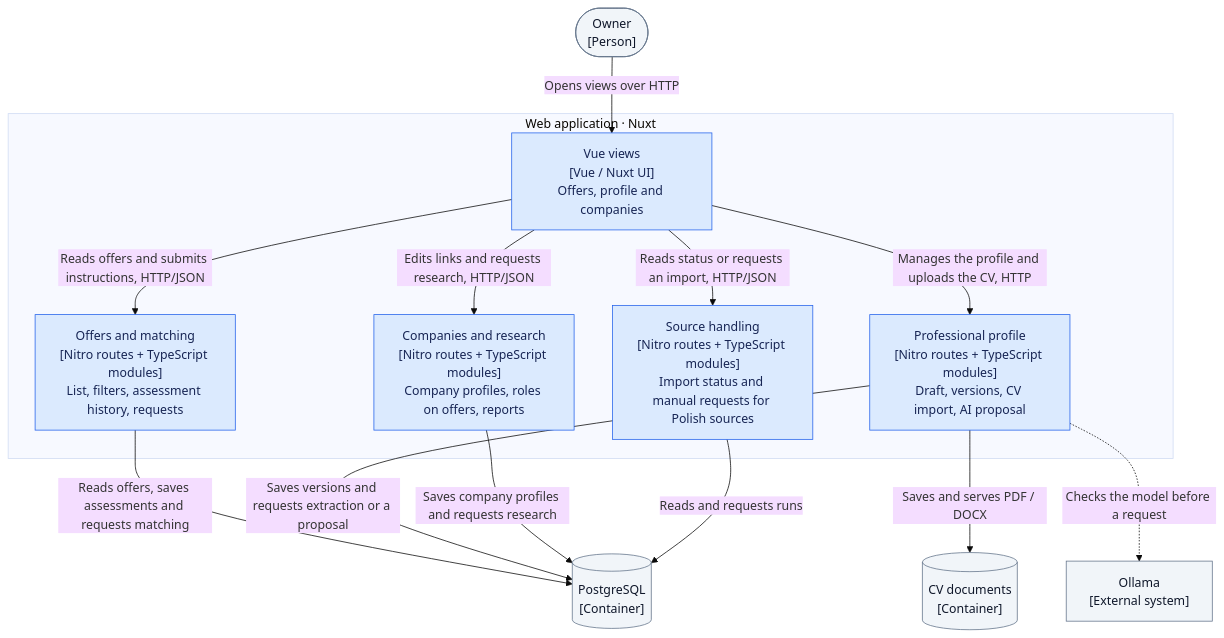
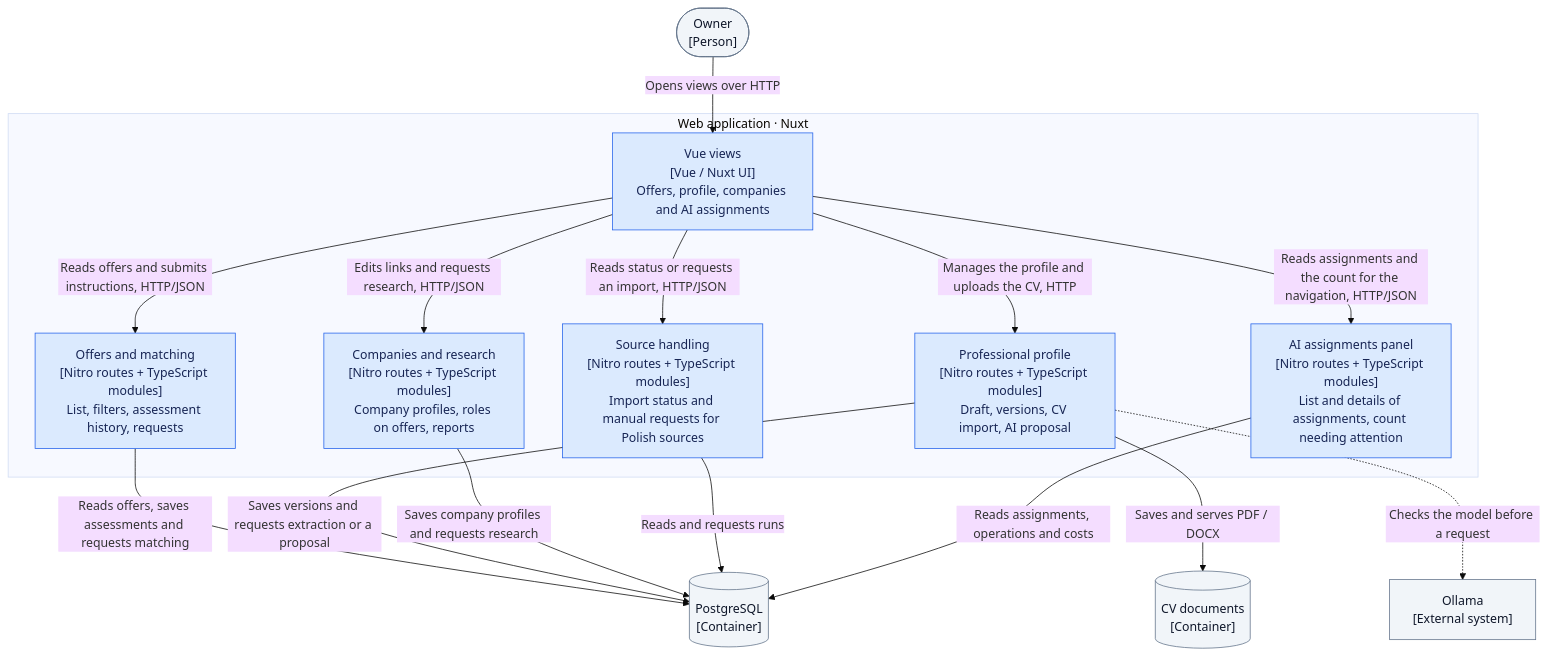
The third of 5 diagrams in docs/architecture/README.md (pioziol123/ofertorix-rekrutus), drawn with Mermaid (base theme) before and after one commit. The commit also changed other lines of this file and 1 other file, not shown here.

Commit message:
oferty-pracy-sq2.12: Describe the panel's reads in the AI module README and the panel in the architecture view

````diff
--- a/docs/architecture/README.md
+++ b/docs/architecture/README.md
@@ -82,32 +82,35 @@
 ```mermaid
 flowchart TB
   Owner(["Owner<br/>[Person]"])
   DB[("PostgreSQL<br/>[Container]")]
   Files[("CV documents<br/>[Container]")]
   Ollama["Ollama<br/>[External system]"]
 
   subgraph Web["Web application · Nuxt"]
-    UI["Vue views<br/>[Vue / Nuxt UI]<br/>Offers, profile and companies"]
+    UI["Vue views<br/>[Vue / Nuxt UI]<br/>Offers, profile, companies and AI assignments"]
     Offers["Offers and matching<br/>[Nitro routes + TypeScript modules]<br/>List, filters, assessment history, requests"]
     Profile["Professional profile<br/>[Nitro routes + TypeScript modules]<br/>Draft, versions, CV import, AI proposal"]
     Companies["Companies and research<br/>[Nitro routes + TypeScript modules]<br/>Company profiles, roles on offers, reports"]
     Sources["Source handling<br/>[Nitro routes + TypeScript modules]<br/>Import status and manual requests for Polish sources"]
+    Panel["AI assignments panel<br/>[Nitro routes + TypeScript modules]<br/>List and details of assignments, count needing attention"]
   end
 
   Owner -->|"Opens views over HTTP"| UI
   UI -->|"Reads offers and submits instructions, HTTP/JSON"| Offers
   UI -->|"Manages the profile and uploads the CV, HTTP"| Profile
   UI -->|"Edits links and requests research, HTTP/JSON"| Companies
   UI -->|"Reads status or requests an import, HTTP/JSON"| Sources
+  UI -->|"Reads assignments and the count for the navigation, HTTP/JSON"| Panel
   Offers -->|"Reads offers, saves assessments and requests matching"| DB
   Profile -->|"Saves versions and requests extraction or a proposal"| DB
   Companies -->|"Saves company profiles and requests research"| DB
   Sources -->|"Reads and requests runs"| DB
+  Panel -->|"Reads assignments, operations and costs"| DB
   Profile -->|"Saves and serves PDF / DOCX"| Files
   Profile -.->|"Checks the model before a request"| Ollama
 
   classDef internal fill:#dbeafe,stroke:#2563eb,color:#172554
   classDef external fill:#f1f5f9,stroke:#64748b,color:#0f172a
-  class UI,Offers,Profile,Companies,Sources internal
+  class UI,Offers,Profile,Companies,Sources,Panel internal
   class Owner,DB,Files,Ollama external
 ```
````
